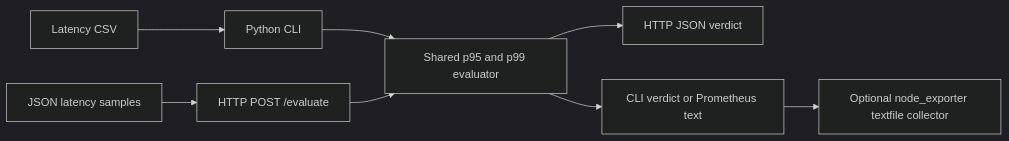
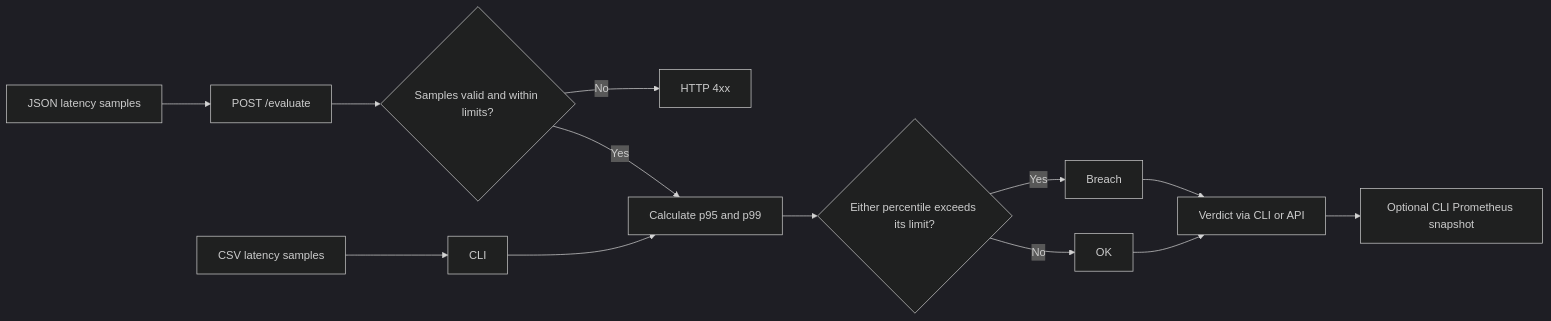
The diagram in README.md (Klokesh493/api-latency-slo-sentinel), drawn with Mermaid (dark theme) before and after one commit. The commit also changed 1 other file, not shown here.

Commit message:
Show the project decision flow in its README

````diff
--- a/README.md
+++ b/README.md
@@ -37,10 +37,15 @@
 ```mermaid
 flowchart LR
-    CSV["Latency CSV"] --> CLI["Python CLI"]
-    JSON["JSON latency samples"] --> HTTP["HTTP POST /evaluate"]
-    CLI --> Eval["Shared p95 and p99 evaluator"]
-    HTTP --> Eval
-    Eval --> JSONOut["HTTP JSON verdict"]
-    Eval --> Text["CLI verdict or Prometheus text"]
-    Text --> Collector["Optional node_exporter textfile collector"]
+    CSV["CSV latency samples"] --> CLI["CLI"]
+    JSON["JSON latency samples"] --> HTTP["POST /evaluate"]
+    HTTP --> Validate{"Samples valid and within limits?"}
+    Validate -->|No| Error["HTTP 4xx"]
+    Validate -->|Yes| Eval["Calculate p95 and p99"]
+    CLI --> Eval
+    Eval --> Gate{"Either percentile exceeds its limit?"}
+    Gate -->|Yes| Breach["Breach"]
+    Gate -->|No| Healthy["OK"]
+    Breach --> Result["Verdict via CLI or API"]
+    Healthy --> Result
+    Result --> Metrics["Optional CLI Prometheus snapshot"]
 ```
````
